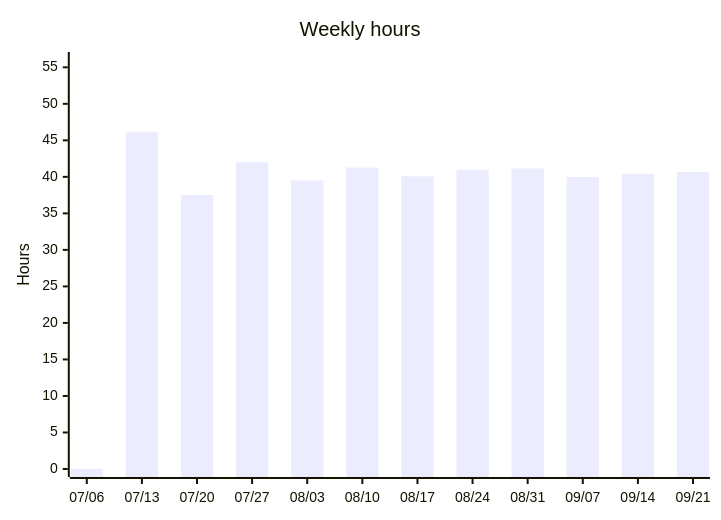
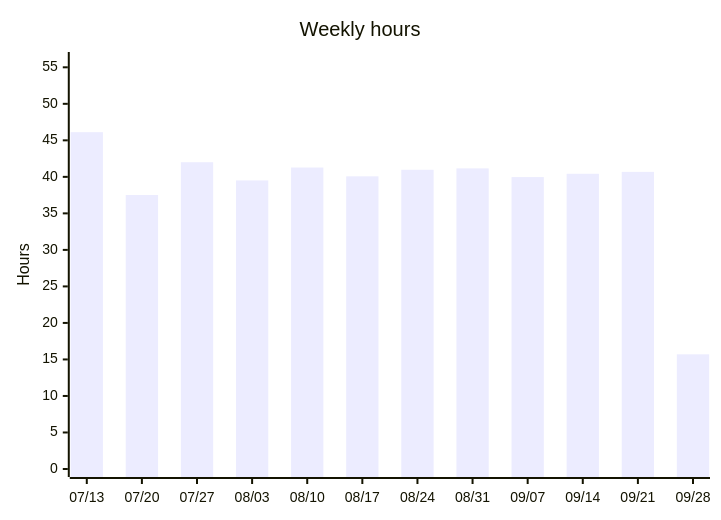
One commit to albinforsberg-netizen/timeclock changed the third of 5 diagrams in README.org. Above: the diagram before and after it, drawn with Mermaid. The commit also changed other lines of this file, not shown here.

```diff
--- a/README.org
+++ b/README.org
@@ -110,7 +110,7 @@
 #+begin_src mermaid
 xychart-beta
     title "Weekly hours"
-    x-axis ["07/06", "07/13", "07/20", "07/27", "08/03", "08/10", "08/17", "08/24", "08/31", "09/07", "09/14", "09/21"]
+    x-axis ["07/13", "07/20", "07/27", "08/03", "08/10", "08/17", "08/24", "08/31", "09/07", "09/14", "09/21", "09/28"]
     y-axis "Hours" 0 --> 56
-    bar [0.00, 46.12, 37.52, 42.00, 39.51, 41.28, 40.07, 40.97, 41.16, 39.97, 40.42, 40.68]
+    bar [46.12, 37.52, 42.00, 39.51, 41.28, 40.07, 40.97, 41.16, 39.97, 40.42, 40.68, 15.70]
 #+end_src
```
